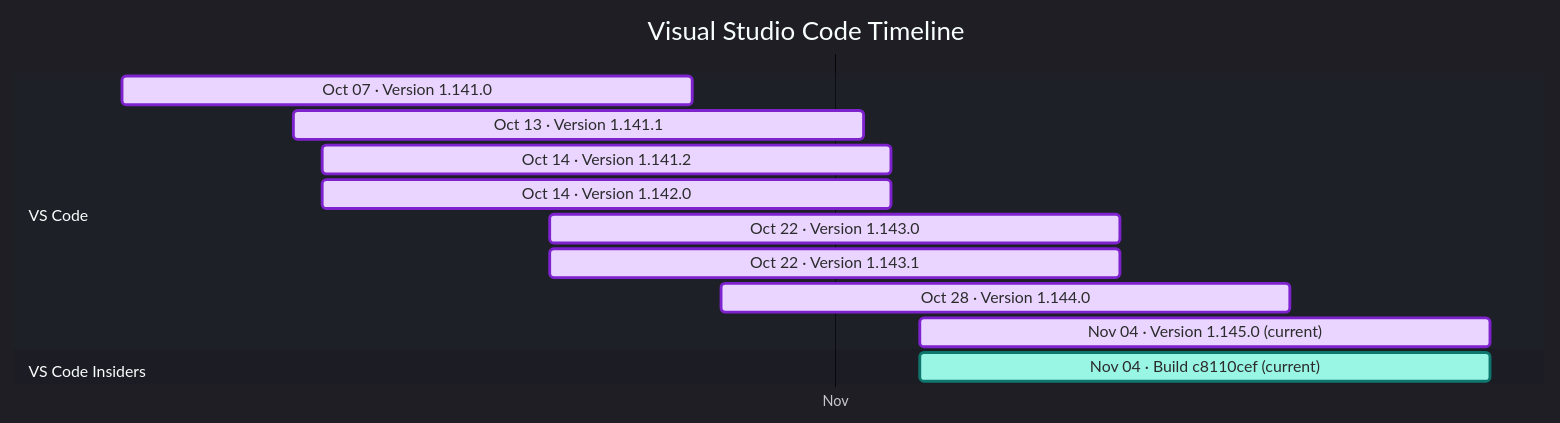
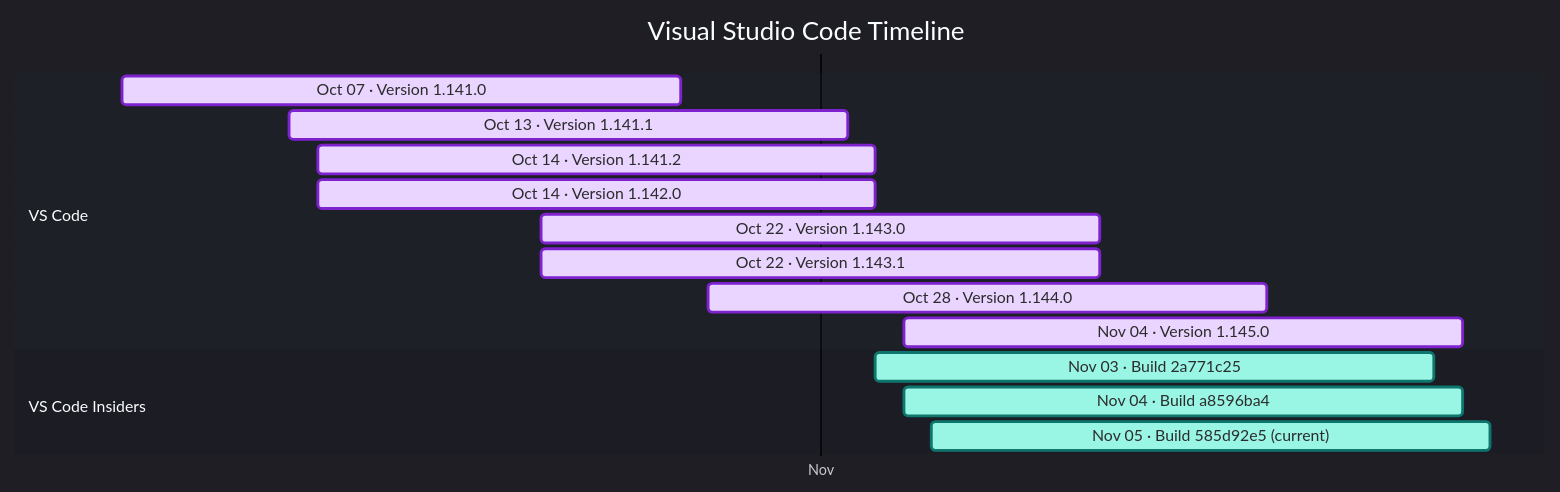
The diagram in docs/vscode.md (Oxelya-DevTools/VisualStudioUpdate), drawn with Mermaid before and after one commit. The commit also changed other lines of this file and 1 other file, not shown here.

Commit message:
Update generated release feeds

````diff
--- a/docs/vscode.md
+++ b/docs/vscode.md
@@ -9,19 +9,21 @@
 ```mermaid
 %%{init: {'theme':'dark','themeVariables': { 'fontFamily': 'Segoe UI', 'fontSize': '24px', 'textColor': '#F3F4F6', 'titleTextColor': '#FFFFFF', 'taskTextColor': '#111827', 'taskTextLightColor': '#111827', 'taskTextOutsideColor': '#F3F4F6', 'taskBkgColor': '#BAE6FD', 'taskBorderColor': '#0369A1', 'doneTaskBkgColor': '#E9D5FF', 'doneTaskBorderColor': '#7E22CE', 'activeTaskBkgColor': '#99F6E4', 'activeTaskBorderColor': '#0F766E', 'critTaskBkgColor': '#FED7AA', 'critTaskBorderColor': '#C2410C', 'sectionBkgColor': '#1F2937', 'altSectionBkgColor': '#111827', 'gridColor': '#4B5563', 'todayLineColor': '#F87171' }}}%%
 gantt
     title Visual Studio Code Timeline
     dateFormat  YYYY-MM-DD
     axisFormat  %b
     tickInterval 1month
     section VS Code
     Oct 07 · Version 1.141.0 : done, vscode202610070, 2026-10-07, 20d
     Oct 13 · Version 1.141.1 : done, vscode202610131, 2026-10-13, 20d
     Oct 14 · Version 1.141.2 : done, vscode202610142, 2026-10-14, 20d
     Oct 14 · Version 1.142.0 : done, vscode202610143, 2026-10-14, 20d
     Oct 22 · Version 1.143.0 : done, vscode202610224, 2026-10-22, 20d
     Oct 22 · Version 1.143.1 : done, vscode202610225, 2026-10-22, 20d
     Oct 28 · Version 1.144.0 : done, vscode202610286, 2026-10-28, 20d
-    Nov 04 · Version 1.145.0 (current) : done, vscode202611047, 2026-11-04, 20d
+    Nov 04 · Version 1.145.0 : done, vscode202611047, 2026-11-04, 20d
     section VS Code Insiders
-    Nov 04 · Build c8110cef (current) : active, vscodeinsiders202611040, 2026-11-04, 20d
+    Nov 03 · Build 2a771c25 : active, vscodeinsiders202611030, 2026-11-03, 20d
+    Nov 04 · Build a8596ba4 : active, vscodeinsiders202611041, 2026-11-04, 20d
+    Nov 05 · Build 585d92e5 (current) : active, vscodeinsiders202611052, 2026-11-05, 20d
 ```
````
